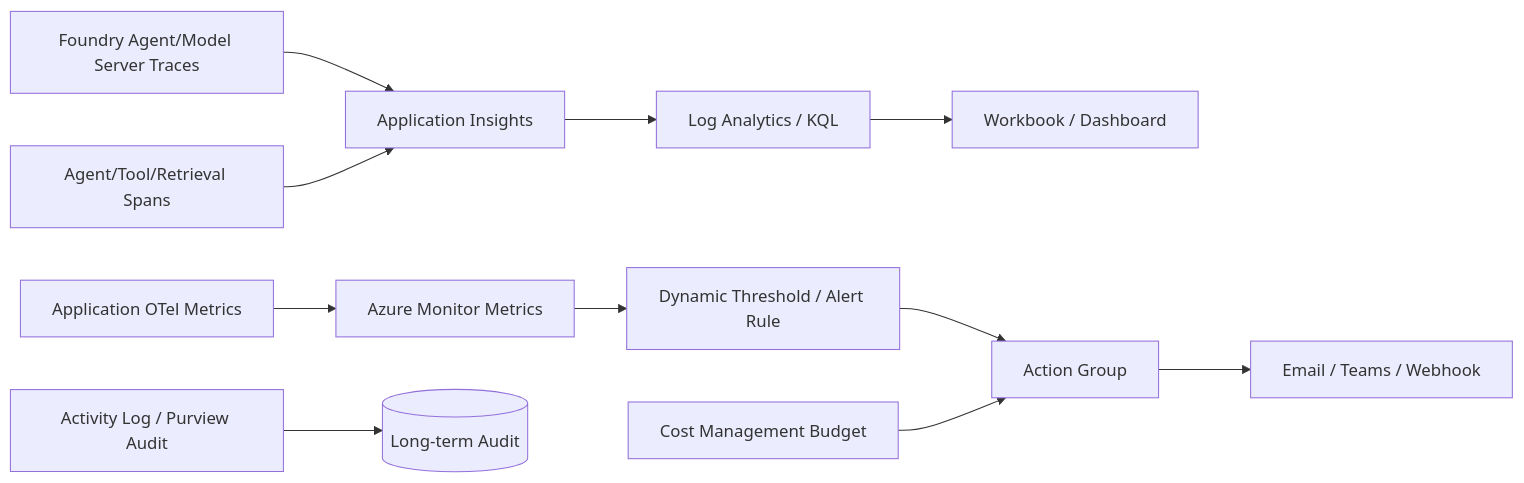
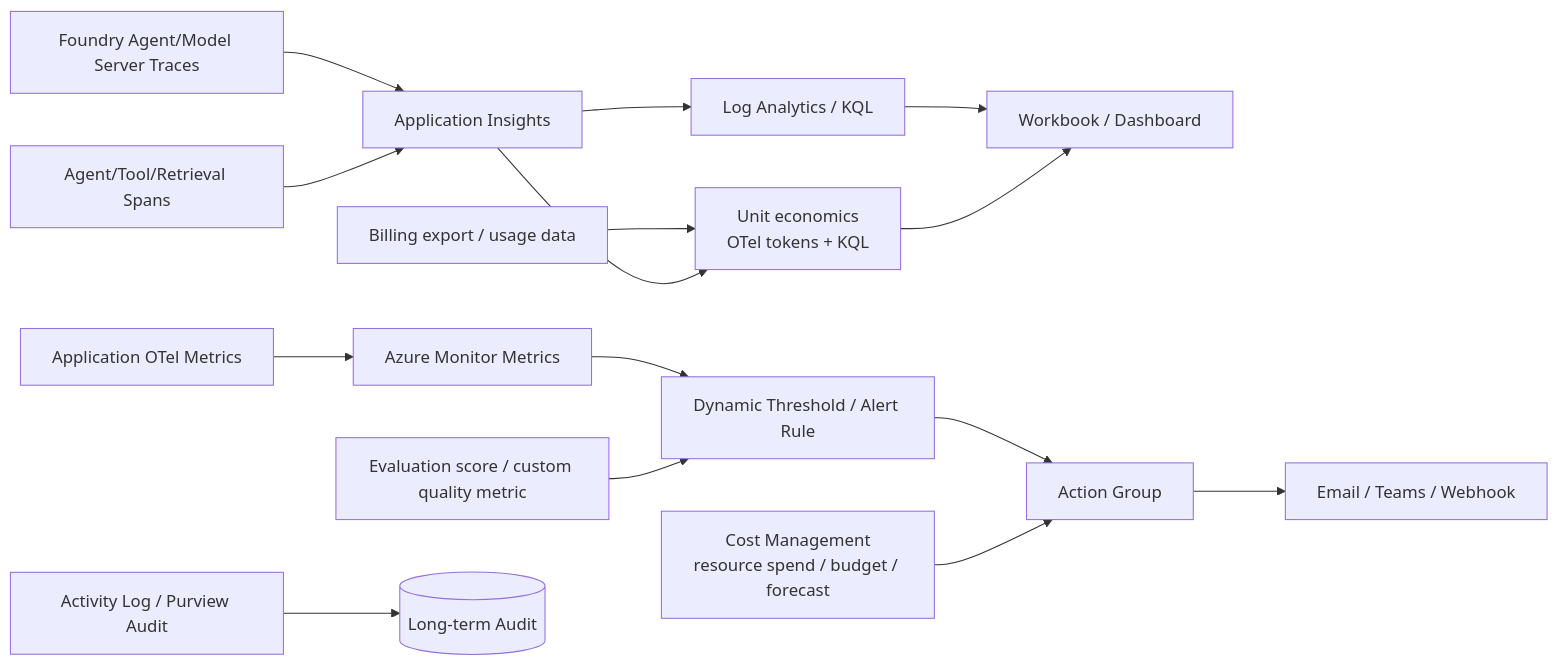
The diagram in architecture-az/07_GenAI_可观测性与成本监控.md (miku-wwl/certforge), drawn with Mermaid before and after one commit. The commit also changed other lines of this file and 29 other files, not shown here.

Commit message:
docs: refine Azure architecture diagrams

````diff
--- a/architecture-az/07_GenAI_可观测性与成本监控.md
+++ b/architecture-az/07_GenAI_可观测性与成本监控.md
@@ -13,13 +13,17 @@
 ```mermaid
 flowchart LR
     F[Foundry Agent/Model Server Traces] --> AI[Application Insights]
     A[Application OTel Metrics] --> AM[Azure Monitor Metrics]
     T[Agent/Tool/Retrieval Spans] --> AI
     AI --> LA[Log Analytics / KQL]
     AM --> DT[Dynamic Threshold / Alert Rule]
     LA --> WB[Workbook / Dashboard]
     DT --> AG[Action Group]
     AG --> N[Email / Teams / Webhook]
-    COST[Cost Management Budget] --> AG
+    COST[Cost Management\nresource spend / budget / forecast] --> AG
+    BILL[Billing export / usage data] --> UE[Unit economics\nOTel tokens + KQL]
+    AI --> UE
+    UE --> WB
+    Q[Evaluation score / custom quality metric] --> DT
     ACT[Activity Log / Purview Audit] --> AUDIT[(Long-term Audit)]
 ```
````
